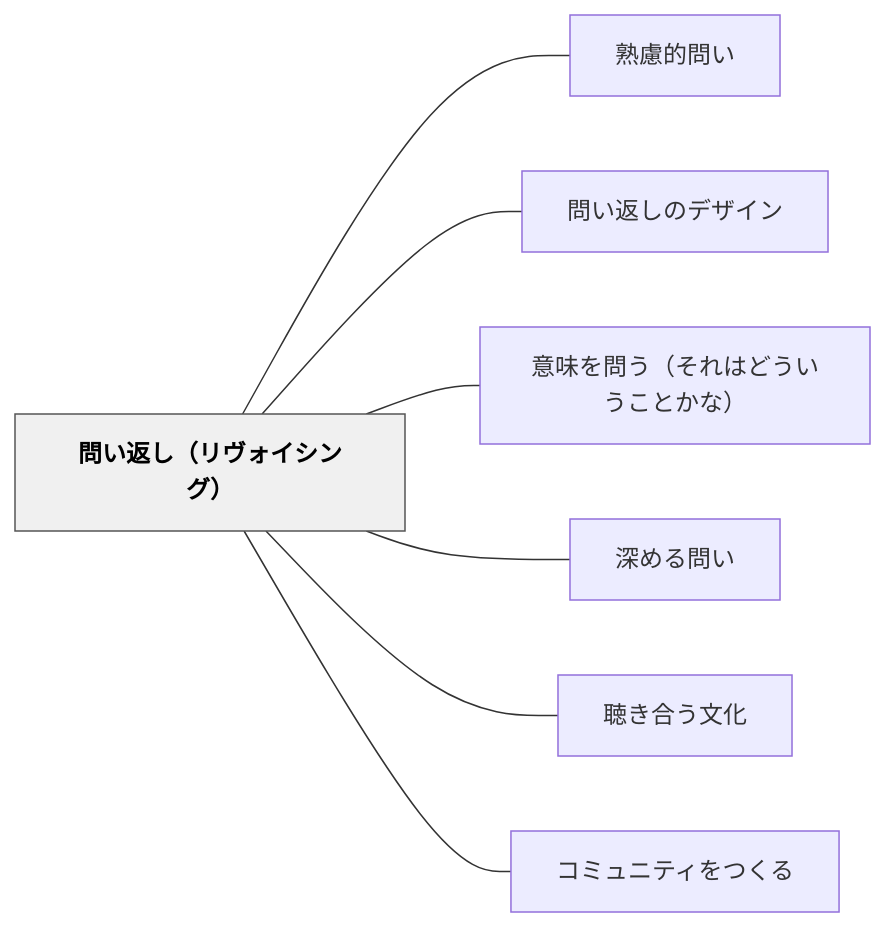
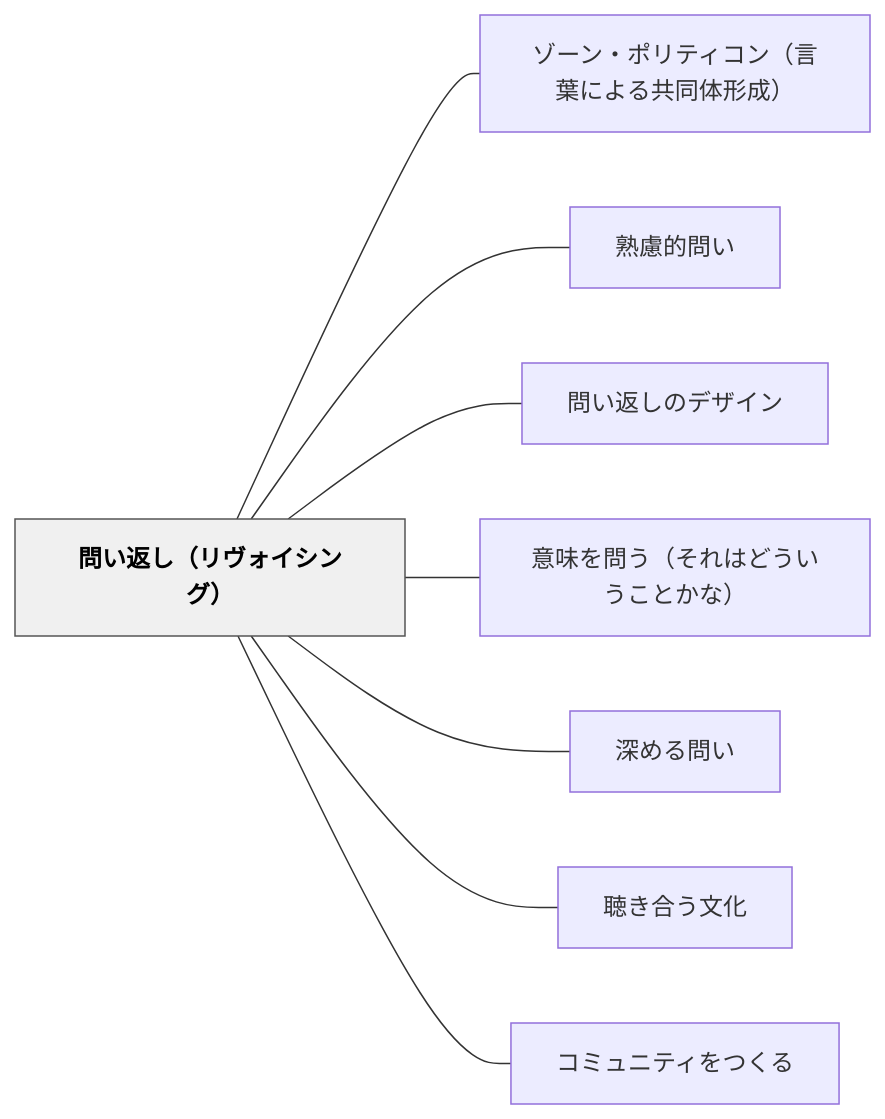
The diagram in content/パタン/問い返し（リヴォイシング）.md (unknownthings-ed-patterns/unknownthings-ed-patterns), drawn with Mermaid before and after one commit. The commit also changed other lines of this file and 19 other files, not shown here.

````diff
--- a/content/パタン/問い返し（リヴォイシング）.md
+++ b/content/パタン/問い返し（リヴォイシング）.md
@@ -70,20 +71,22 @@
 ```mermaid
 flowchart LR
     ne5958fe38184e8bf94e38197efbc88e383aae383b4e382a9e382a4e382b7e383b3e382b0efbc89["問い返し（リヴォイシング）"]
+    ne382bee383bce383b3e383bbe3839de383aae38386e382a3e382b3e383b3efbc88e8a880e89189e381abe38288e3828be585b1e5908ce4bd93e5bda2e68890efbc89["ゾーン・ポリティコン（言葉による共同体形成）"]
     ne7869fe685aee79a84e5958fe38184["熟慮的問い"]
     ne5958fe38184e8bf94e38197e381aee38387e382b6e382a4e383b3["問い返しのデザイン"]
     ne6848fe591b3e38292e5958fe38186efbc88e3819de3828ce381afe381a9e38186e38184e38186e38193e381a8e3818be381aaefbc89["意味を問う（それはどういうことかな）"]
     ne6b7b1e38281e3828be5958fe38184["深める問い"]
     ne881b4e3818de59088e38186e69687e58c96["聴き合う文化"]
     ne382b3e3839fe383a5e3838be38386e382a3e38292e381a4e3818fe3828b["コミュニティをつくる"]
 
+    ne5958fe38184e8bf94e38197efbc88e383aae383b4e382a9e382a4e382b7e383b3e382b0efbc89 --- ne382bee383bce383b3e383bbe3839de383aae38386e382a3e382b3e383b3efbc88e8a880e89189e381abe38288e3828be585b1e5908ce4bd93e5bda2e68890efbc89
     ne5958fe38184e8bf94e38197efbc88e383aae383b4e382a9e382a4e382b7e383b3e382b0efbc89 --- ne7869fe685aee79a84e5958fe38184
     ne5958fe38184e8bf94e38197efbc88e383aae383b4e382a9e382a4e382b7e383b3e382b0efbc89 --- ne5958fe38184e8bf94e38197e381aee38387e382b6e382a4e383b3
     ne5958fe38184e8bf94e38197efbc88e383aae383b4e382a9e382a4e382b7e383b3e382b0efbc89 --- ne6848fe591b3e38292e5958fe38186efbc88e3819de3828ce381afe381a9e38186e38184e38186e38193e381a8e3818be381aaefbc89
     ne5958fe38184e8bf94e38197efbc88e383aae383b4e382a9e382a4e382b7e383b3e382b0efbc89 --- ne6b7b1e38281e3828be5958fe38184
     ne5958fe38184e8bf94e38197efbc88e383aae383b4e382a9e382a4e382b7e383b3e382b0efbc89 --- ne881b4e3818de59088e38186e69687e58c96
     ne5958fe38184e8bf94e38197efbc88e383aae383b4e382a9e382a4e382b7e383b3e382b0efbc89 --- ne382b3e3839fe383a5e3838be38386e382a3e38292e381a4e3818fe3828b
 
     classDef hub fill:#f0f0f0,stroke:#555,color:#000,font-weight:bold
     class ne5958fe38184e8bf94e38197efbc88e383aae383b4e382a9e382a4e382b7e383b3e382b0efbc89 hub
 ```
````
